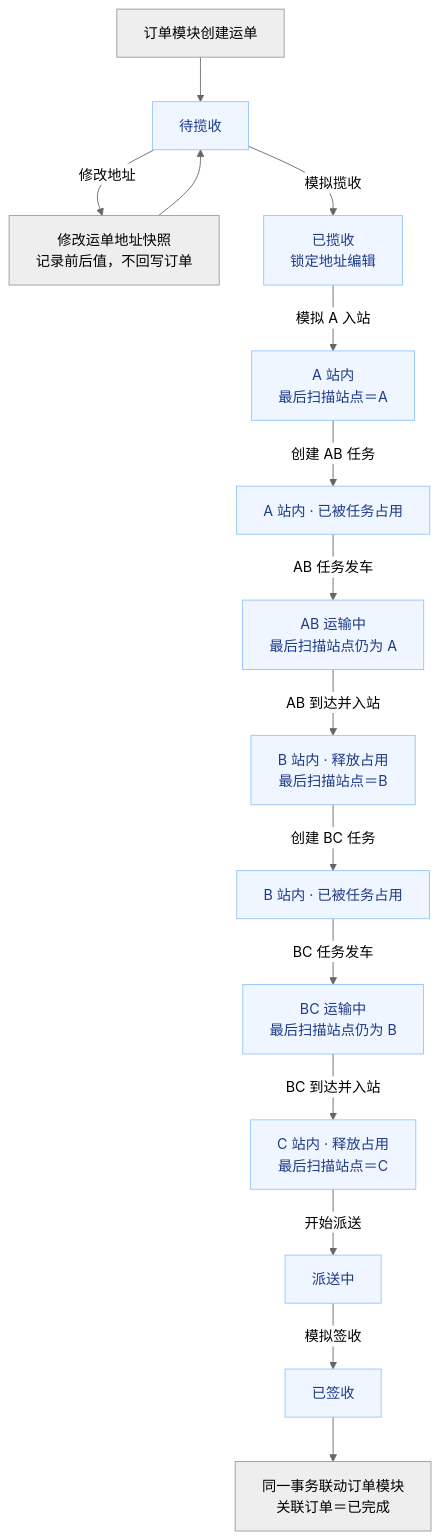
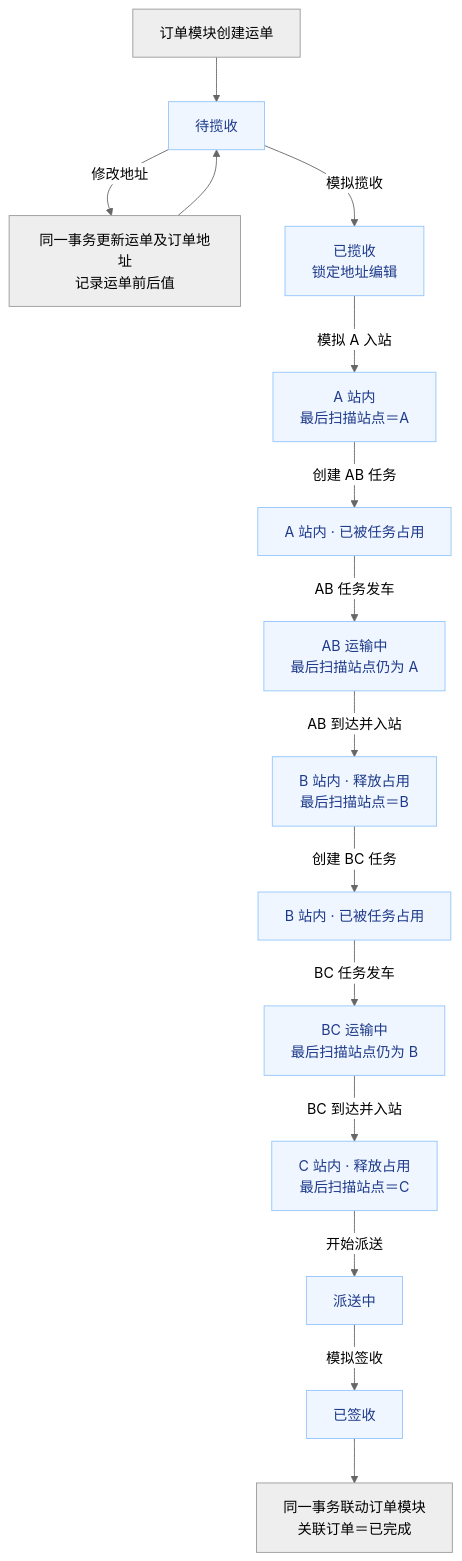
One commit to NikFranki/jingpo-logistics-system changed the second of 7 diagrams in docs/技术方案/v1/be/be-v1技术方案.md. Above: the diagram before and after it, drawn with Mermaid (neutral theme). The commit also changed other lines of this file and 5 other files, not shown here.

````diff
--- a/docs/技术方案/v1/be/be-v1技术方案.md
+++ b/docs/技术方案/v1/be/be-v1技术方案.md
@@ -559,19 +559,19 @@
 ```mermaid
 flowchart TD
     A["订单模块创建运单"] --> B["待揽收"]
-    B -->|"修改地址"| C["修改运单地址快照<br/>记录前后值，不回写订单"]
+    B -->|"修改地址"| C["同一事务更新运单及订单地址<br/>记录运单前后值"]
     C --> B
     B -->|"模拟揽收"| D["已揽收<br/>锁定地址编辑"]
     D -->|"模拟 A 入站"| E["A 站内<br/>最后扫描站点＝A"]
     E -->|"创建 AB 任务"| F["A 站内 · 已被任务占用"]
     F -->|"AB 任务发车"| G["AB 运输中<br/>最后扫描站点仍为 A"]
     G -->|"AB 到达并入站"| H["B 站内 · 释放占用<br/>最后扫描站点＝B"]
     H -->|"创建 BC 任务"| I["B 站内 · 已被任务占用"]
     I -->|"BC 任务发车"| J["BC 运输中<br/>最后扫描站点仍为 B"]
     J -->|"BC 到达并入站"| K["C 站内 · 释放占用<br/>最后扫描站点＝C"]
     K -->|"开始派送"| L["派送中"]
     L -->|"模拟签收"| M["已签收"]
     M --> N["同一事务联动订单模块<br/>关联订单＝已完成"]
     classDef state fill:#EFF6FF,stroke:#93C5FD,color:#1E3A8A
     class B,D,E,F,G,H,I,J,K,L,M state
 ```
````
